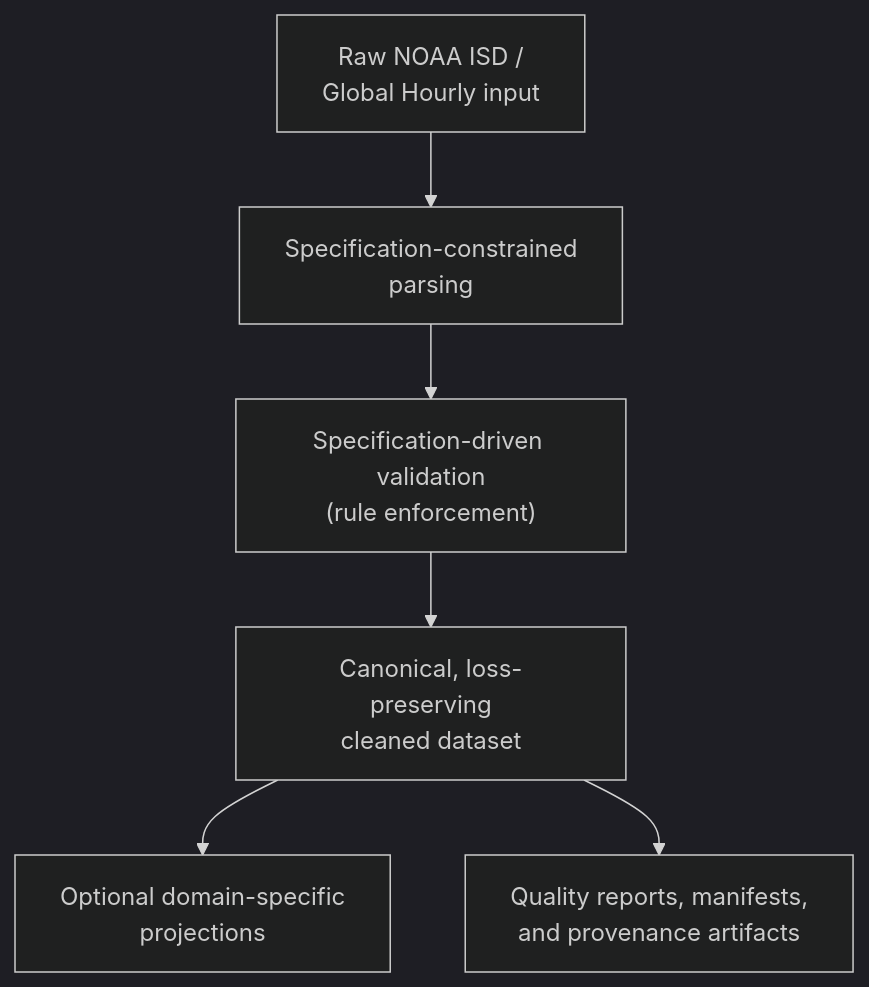
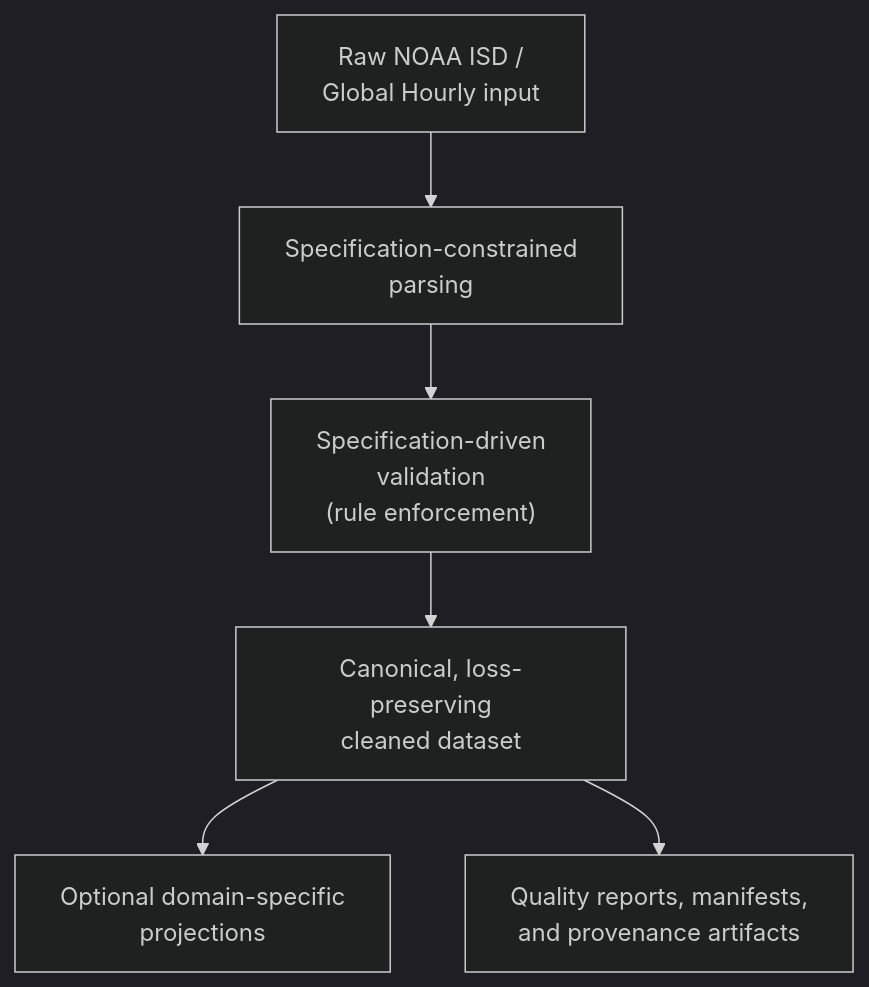
Before and after one commit to balajikesavan90/noaa-spec: the diagram in README.md, drawn with Mermaid (dark theme).

Commit message:
fix: Improve readability of flowchart in README by adjusting line breaks in validation step

````diff
--- a/README.md
+++ b/README.md
@@ -7,13 +7,13 @@
 ```mermaid
 flowchart TB
     A["Raw NOAA ISD /<br/>Global Hourly input"]
     B["Specification-constrained<br/>parsing"]
-    C["Specification-driven validation<br/>(rule enforcement)"]
+    C["Specification-driven<br/>validation<br/>(rule enforcement)"]
     D["Canonical, loss-preserving<br/>cleaned dataset"]
     E["Optional domain-specific<br/>projections"]
     F["Quality reports, manifests,<br/>and provenance artifacts"]
 
     A --> B --> C --> D
     D --> E
     D --> F
 ```
````
